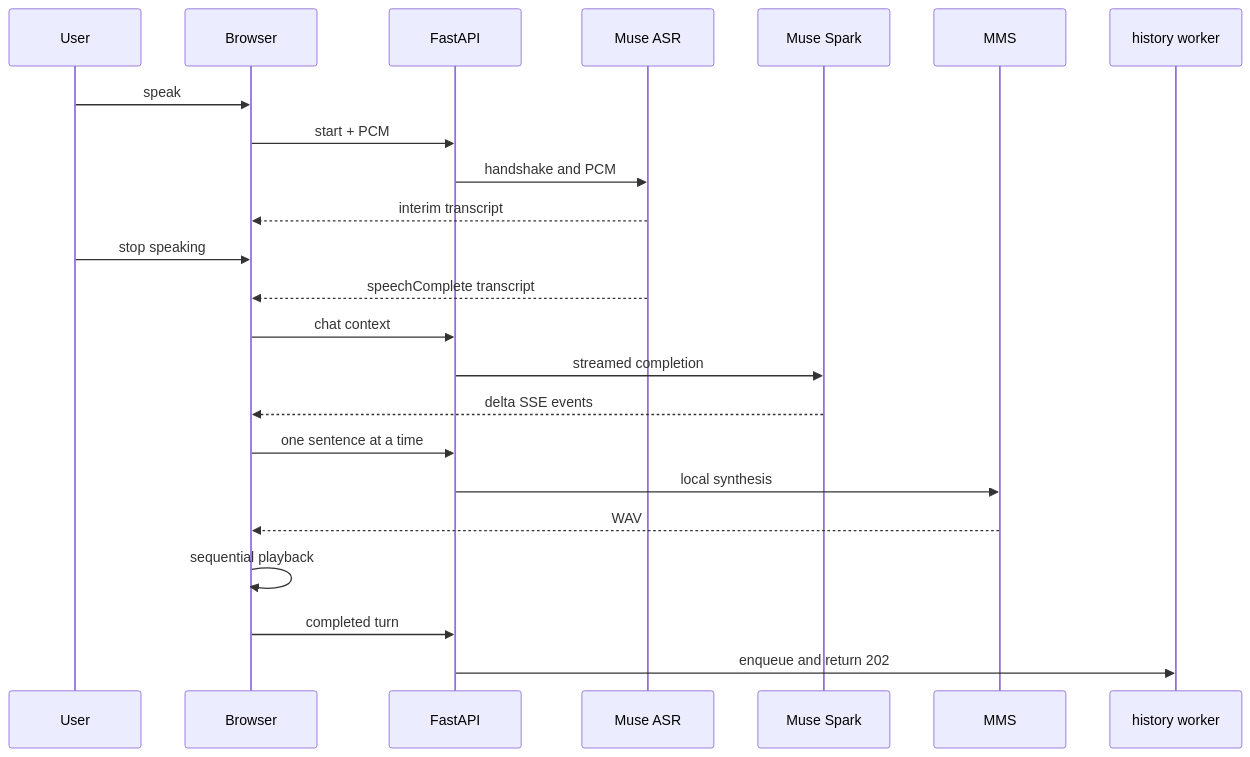
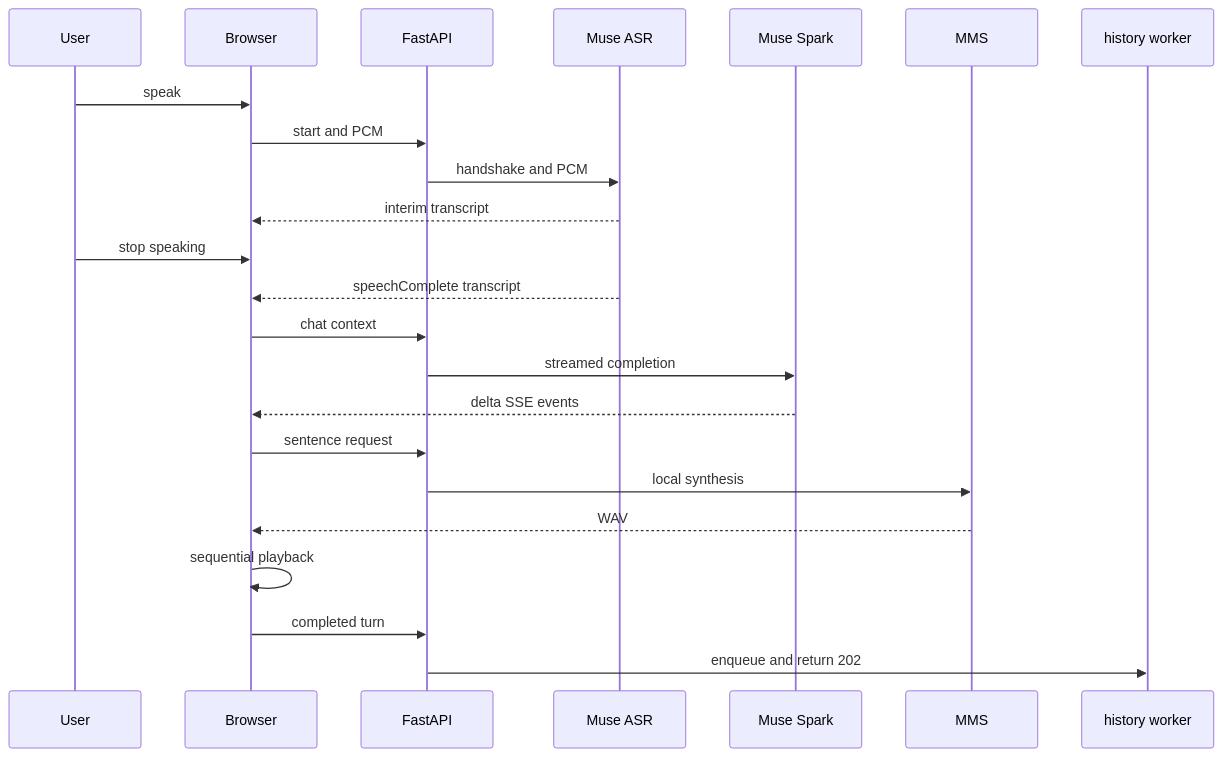
One commit to shantan1213/voice-pilot changed the diagram in docs/09-complete-conversation-lifecycle.md. Above: the diagram before and after it, drawn with Mermaid. The commit also changed 8 other files, not shown here.

Commit message:
Normalize all Mermaid diagrams for GitHub

````diff
--- a/docs/09-complete-conversation-lifecycle.md
+++ b/docs/09-complete-conversation-lifecycle.md
@@ -5,25 +5,25 @@
 ```mermaid
 sequenceDiagram
   participant U as User
   participant B as Browser
   participant F as FastAPI
   participant ASR as Muse ASR
   participant SPARK as Muse Spark
   participant MMS as MMS
   participant HIST as history worker
   U->>B: speak
-  B->>F: start + PCM
+  B->>F: start and PCM
   F->>ASR: handshake and PCM
   ASR-->>B: interim transcript
   U->>B: stop speaking
   ASR-->>B: speechComplete transcript
   B->>F: chat context
   F->>SPARK: streamed completion
   SPARK-->>B: delta SSE events
-  B->>F: one sentence at a time
+  B->>F: sentence request
   F->>MMS: local synthesis
   MMS-->>B: WAV
   B->>B: sequential playback
   B->>F: completed turn
   F->>HIST: enqueue and return 202
 ```
````
